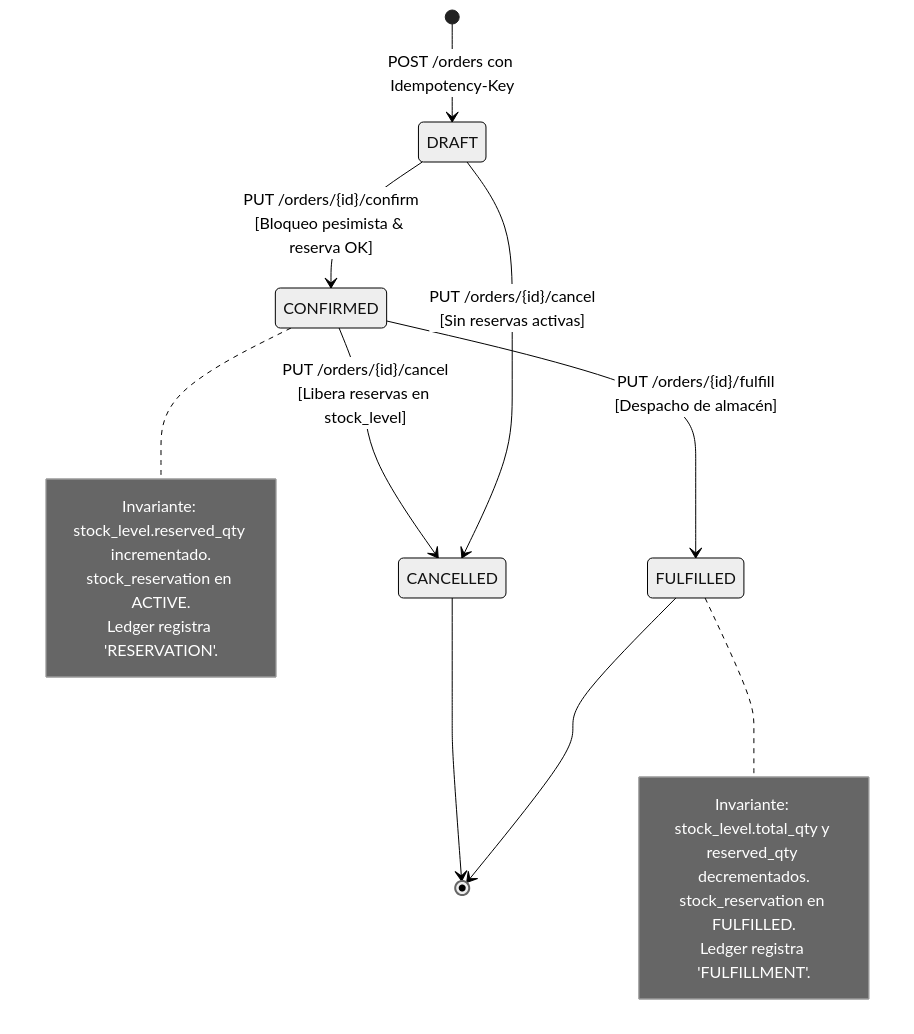
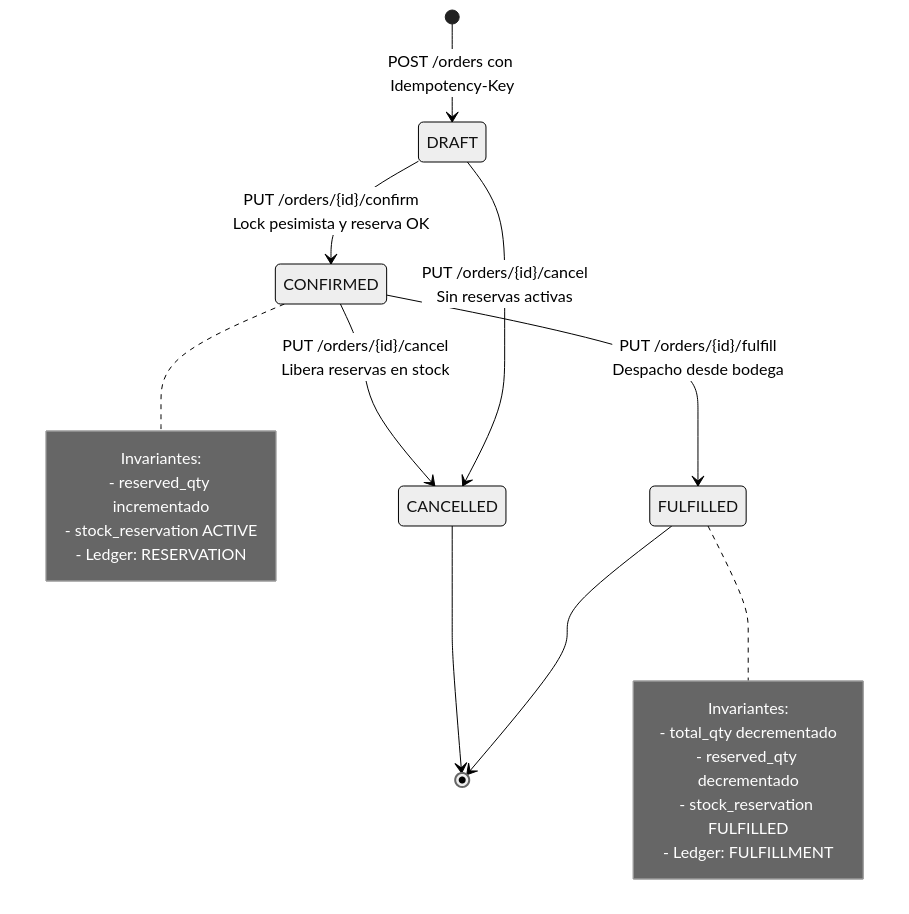
Before and after one commit to vivenegasl/stockpilot-b2b: the fourth of 6 diagrams in docs/architecture/ARCHITECTURE.md, drawn with Mermaid (neutral theme). The commit also changed other lines of this file and 1 other file, not shown here.

Commit message:
docs(architecture): wrap state notes and sequence labels to prevent text cut-off on GitHub

````diff
--- a/docs/architecture/ARCHITECTURE.md
+++ b/docs/architecture/ARCHITECTURE.md
@@ -264,25 +264,28 @@
 ```mermaid
 stateDiagram-v2
     [*] --> DRAFT : POST /orders con Idempotency-Key
     
-    DRAFT --> CONFIRMED : PUT /orders/{id}/confirm<br/>[Bloqueo pesimista & reserva OK]
-    DRAFT --> CANCELLED : PUT /orders/{id}/cancel<br/>[Sin reservas activas]
+    DRAFT --> CONFIRMED : PUT /orders/{id}/confirm<br/>Lock pesimista y reserva OK
+    DRAFT --> CANCELLED : PUT /orders/{id}/cancel<br/>Sin reservas activas
     
-    CONFIRMED --> FULFILLED : PUT /orders/{id}/fulfill<br/>[Despacho de almacén]
-    CONFIRMED --> CANCELLED : PUT /orders/{id}/cancel<br/>[Libera reservas en stock_level]
+    CONFIRMED --> FULFILLED : PUT /orders/{id}/fulfill<br/>Despacho desde bodega
+    CONFIRMED --> CANCELLED : PUT /orders/{id}/cancel<br/>Libera reservas en stock
     
     FULFILLED --> [*]
     CANCELLED --> [*]
 
     note right of CONFIRMED
-        Invariante: stock_level.reserved_qty incrementado.
-        stock_reservation en ACTIVE.
-        Ledger registra 'RESERVATION'.
+        Invariantes:
+        - reserved_qty incrementado
+        - stock_reservation ACTIVE
+        - Ledger: RESERVATION
     end note
 
     note right of FULFILLED
-        Invariante: stock_level.total_qty y reserved_qty decrementados.
-        stock_reservation en FULFILLED.
-        Ledger registra 'FULFILLMENT'.
+        Invariantes:
+        - total_qty decrementado
+        - reserved_qty decrementado
+        - stock_reservation FULFILLED
+        - Ledger: FULFILLMENT
     end note
 ```
````
